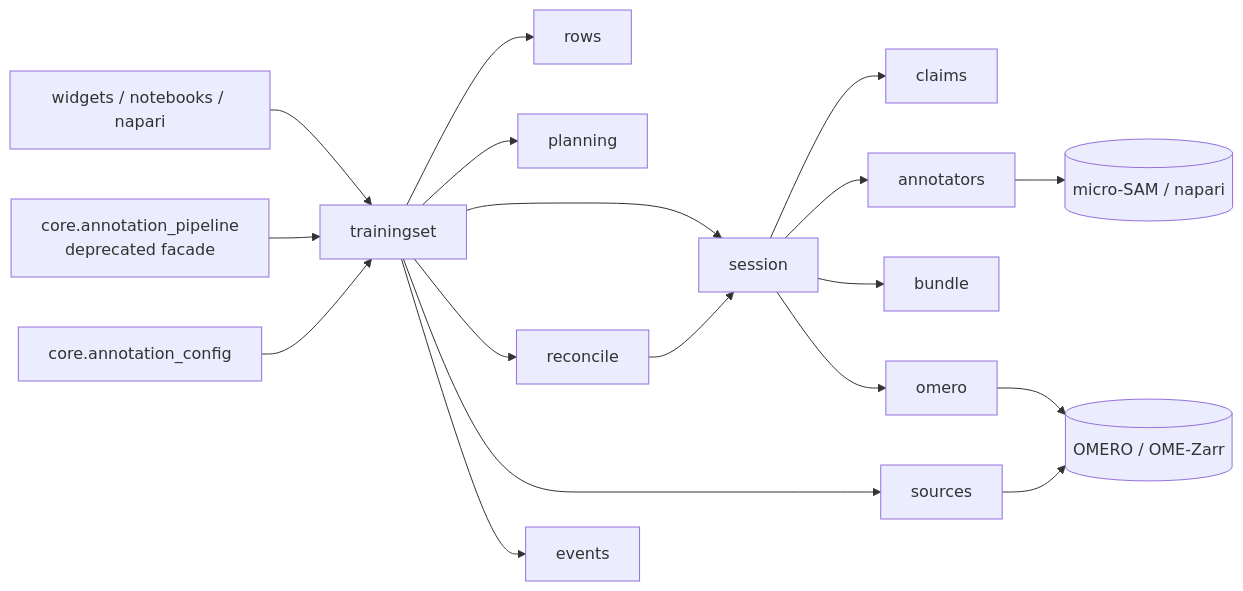
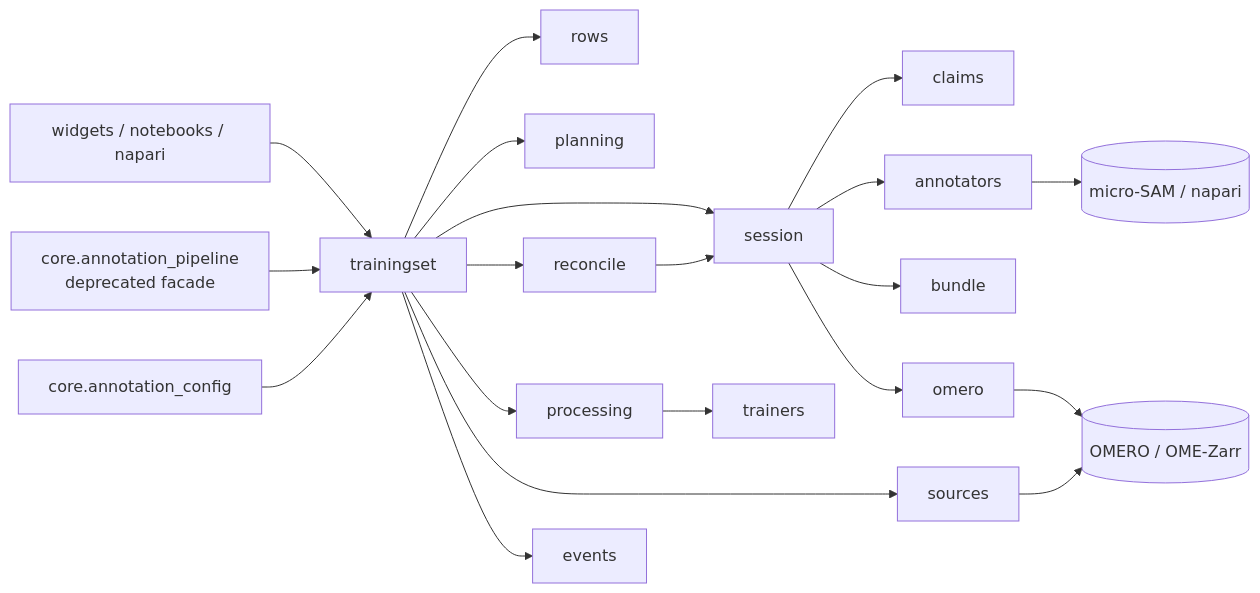
One commit to Leiden-Cell-Observatory/omero_annotate_ai changed the diagram in docs/architecture.md. Above: the diagram before and after it, drawn with Mermaid. The commit also changed other lines of this file and 7 other files, not shown here.

````diff
--- a/docs/architecture.md
+++ b/docs/architecture.md
@@ -5,20 +5,22 @@
 ```mermaid
 flowchart LR
     W[widgets / notebooks / napari] --> P[trainingset]
     F[core.annotation_pipeline<br/>deprecated facade] --> P
     C[core.annotation_config] --> P
     P --> RW[rows]
     P --> PL[planning]
     P --> SE[session]
     P --> R[reconcile]
+    P --> PR[processing]
+    PR --> T[trainers]
     SE --> CL[claims]
     SE --> A[annotators]
     SE --> B[bundle]
     R --> SE
     P --> S[sources]
     SE --> O[omero]
     P --> E[events]
     A --> N[(micro-SAM / napari)]
     S --> OM[(OMERO / OME-Zarr)]
     O --> OM
 ```
````
